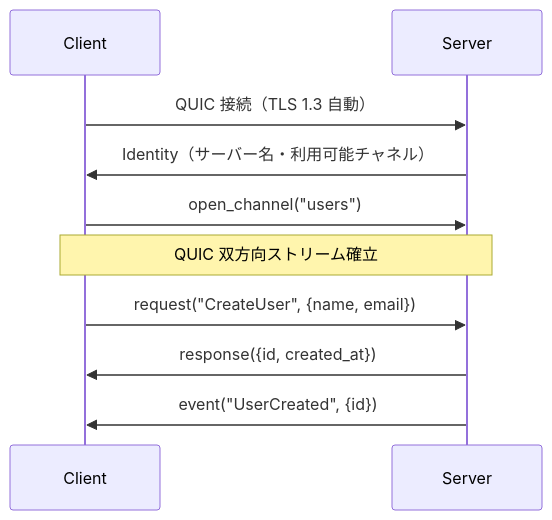
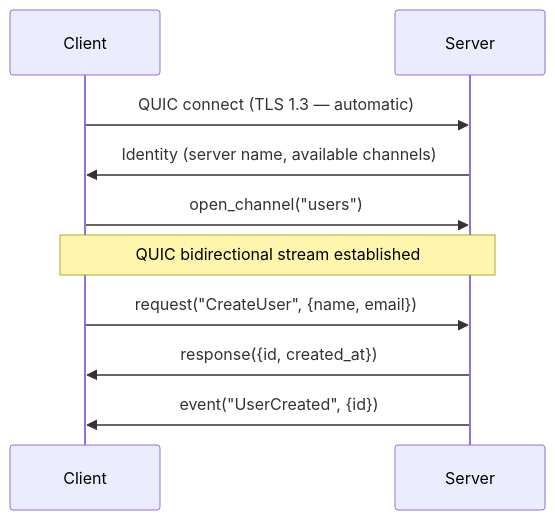
The diagram in README.md (chronista-club/club-unison), drawn with Mermaid before and after one commit. The commit also changed other lines of this file and 1 other file, not shown here.

````diff
--- a/README.md
+++ b/README.md
@@ -46,13 +48,13 @@
 ```mermaid
 sequenceDiagram
     participant C as Client
     participant S as Server
 
-    C->>S: QUIC 接続（TLS 1.3 自動）
-    S->>C: Identity（サーバー名・利用可能チャネル）
+    C->>S: QUIC connect (TLS 1.3 — automatic)
+    S->>C: Identity (server name, available channels)
     C->>S: open_channel("users")
-    Note over C,S: QUIC 双方向ストリーム確立
+    Note over C,S: QUIC bidirectional stream established
     C->>S: request("CreateUser", {name, email})
     S->>C: response({id, created_at})
     S->>C: event("UserCreated", {id})
 ```
````
